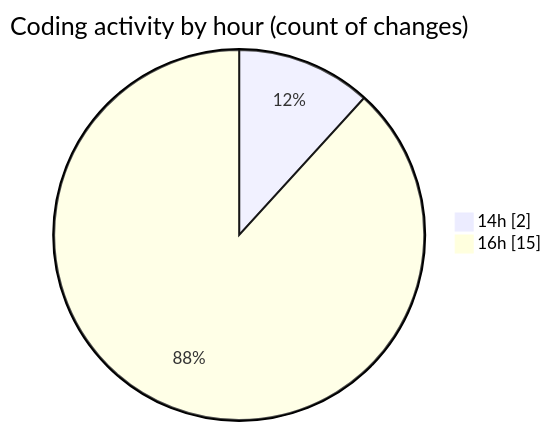
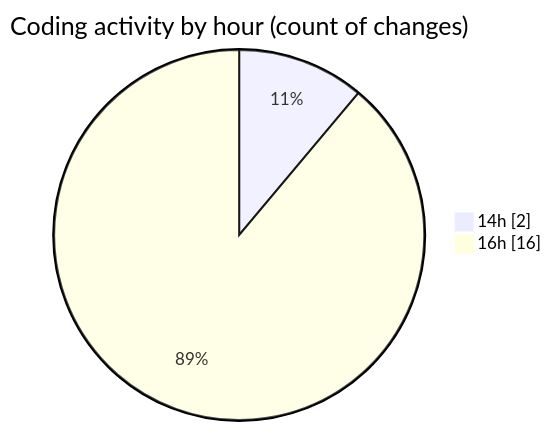
One commit to igalym/code-tracking changed the second of 2 diagrams in 2026-01-05/budget_front_nest/README.md. Above: the diagram before and after it, drawn with Mermaid. The commit also changed other lines of this file and 1 other file, not shown here.

````diff
--- a/2026-01-05/budget_front_nest/README.md
+++ b/2026-01-05/budget_front_nest/README.md
@@ -34,6 +34,6 @@
 ```mermaid
 pie showData
 title Coding activity by hour (count of changes)
 "14h" : 2
-"16h" : 15
+"16h" : 16
 ```
````
